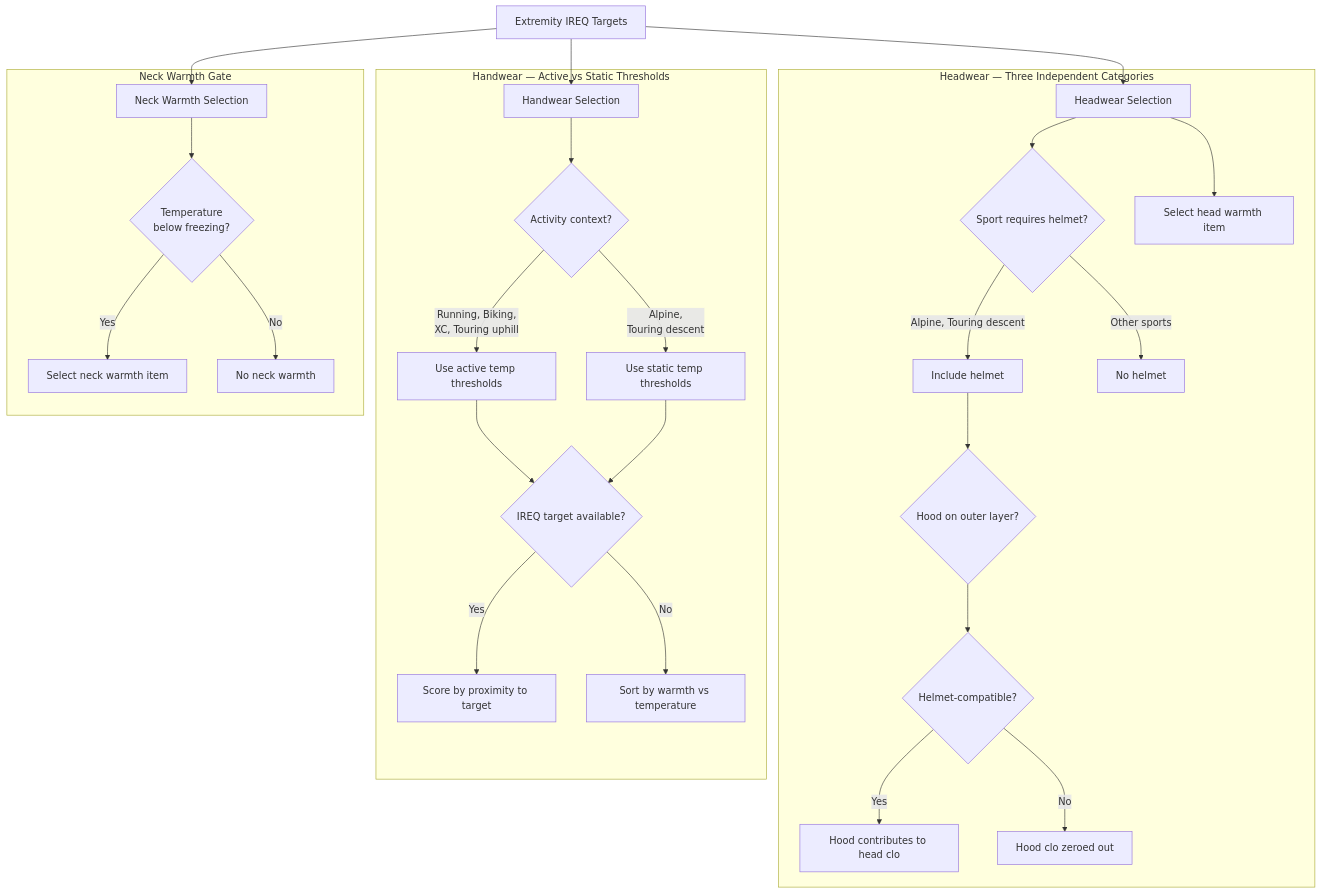
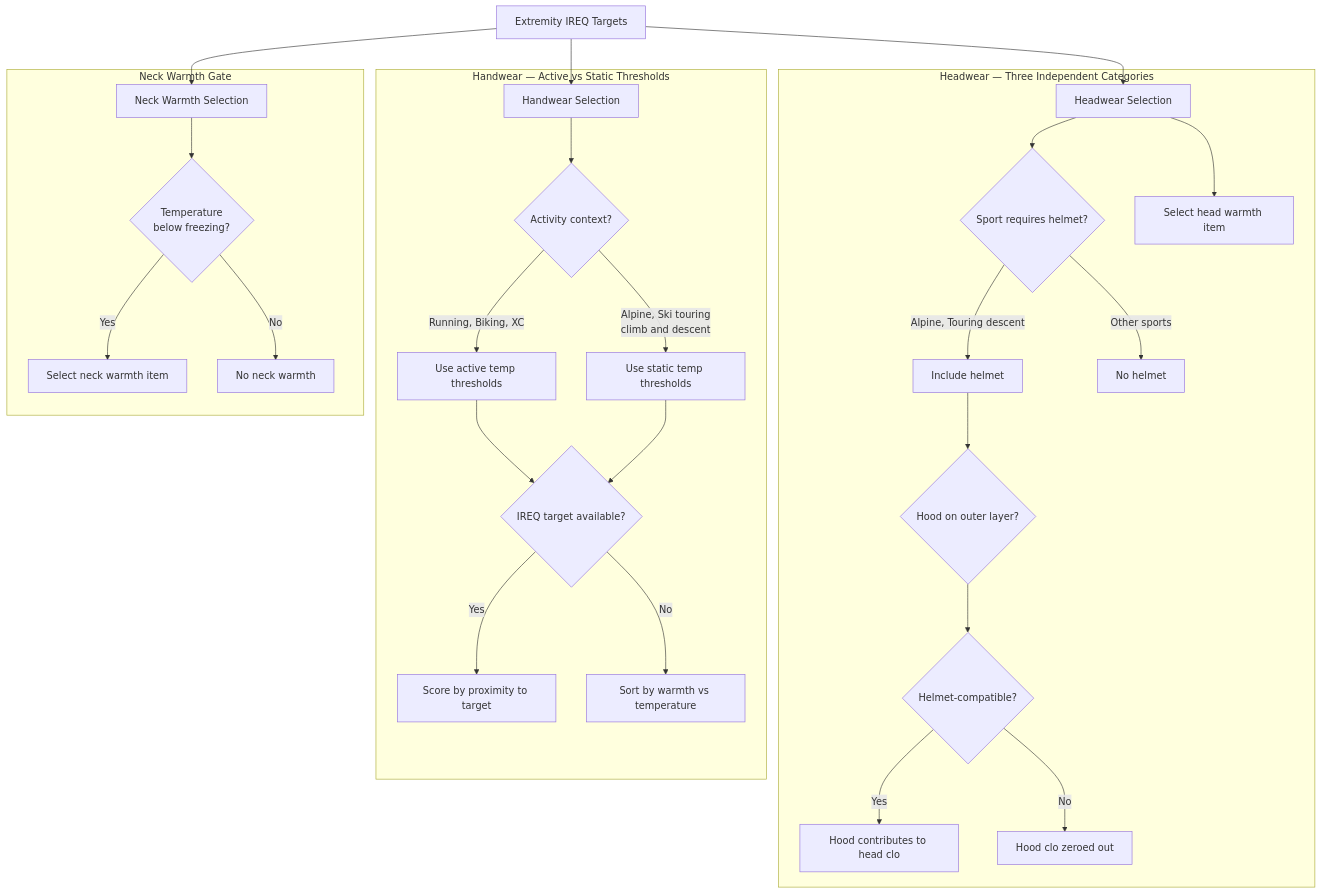
One commit to derobertsw/swttr changed the sixth of 6 diagrams in README.md. Above: the diagram before and after it, drawn with Mermaid. The commit also changed other lines of this file and 27 other files, not shown here.

````diff
--- a/README.md
+++ b/README.md
@@ -223,35 +237,35 @@
 ```mermaid
 graph TD
     EXT[Extremity IREQ Targets] --> HEAD[Headwear Selection]
     EXT --> HAND[Handwear Selection]
     EXT --> NECK[Neck Warmth Selection]
 
     subgraph "Headwear — Three Independent Categories"
         HEAD --> HELMET{Sport requires helmet?}
         HELMET -->|Alpine, Touring descent| HYES[Include helmet]
         HELMET -->|Other sports| HNO[No helmet]
 
         HYES --> HOOD{Hood on outer layer?}
         HOOD --> HCOMPAT{Helmet-compatible?}
         HCOMPAT -->|Yes| HCONT[Hood contributes to head clo]
         HCOMPAT -->|No| HZERO[Hood clo zeroed out]
 
         HEAD --> HWARM[Select head warmth item]
     end
 
     subgraph "Handwear — Active vs Static Thresholds"
         HAND --> HMODE{Activity context?}
-        HMODE -->|Running, Biking,<br/>XC, Touring uphill| ACTIVE[Use active temp thresholds]
-        HMODE -->|Alpine,<br/>Touring descent| STATIC[Use static temp thresholds]
+        HMODE -->|Running, Biking, XC| ACTIVE[Use active temp thresholds]
+        HMODE -->|Alpine, Ski touring<br/>climb and descent| STATIC[Use static temp thresholds]
         ACTIVE --> HTARGET{IREQ target available?}
         STATIC --> HTARGET
         HTARGET -->|Yes| HSCORE[Score by proximity to target]
         HTARGET -->|No| HTEMP[Sort by warmth vs temperature]
     end
 
     subgraph "Neck Warmth Gate"
         NECK --> NCHECK{Temperature<br/>below freezing?}
         NCHECK -->|Yes| NSEL[Select neck warmth item]
         NCHECK -->|No| NSKIP[No neck warmth]
     end
 ```
````
